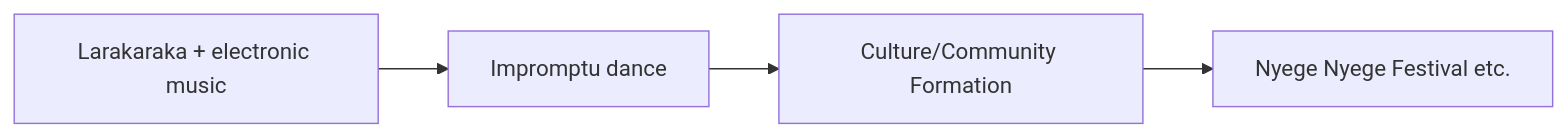
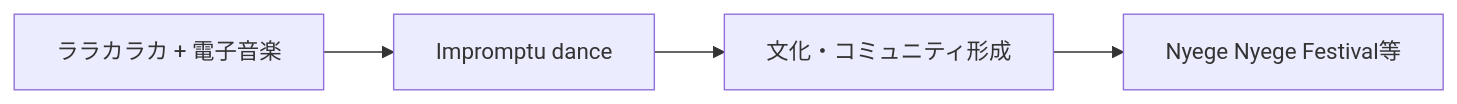
The fourth of 6 diagrams in en/_posts/2025-10-04-Column-Nyege-Nyege.md (monumental-movement/monumental-movement.github.io), drawn with Mermaid before and after one commit. The commit also changed other lines of this file and 2196 other files, not shown here.

```diff
--- a/en/_posts/2025-10-04-Column-Nyege-Nyege.md
+++ b/en/_posts/2025-10-04-Column-Nyege-Nyege.md
@@ -210,8 +209,8 @@
 <div class="mermaid">
 
 flowchart LR
-    Music["Larakaraka + electronic music"] --> Dance["Impromptu dance"]
-    Dance --> Community["Culture/Community Formation"]
-    Community --> Festivals["Nyege Nyege Festival etc."]
+    Music["ララカラカ + 電子音楽"] --> Dance["Impromptu dance"]
+    Dance --> Community["文化・コミュニティ形成"]
+    Community --> Festivals["Nyege Nyege Festival等"]
 
 </div>
```
